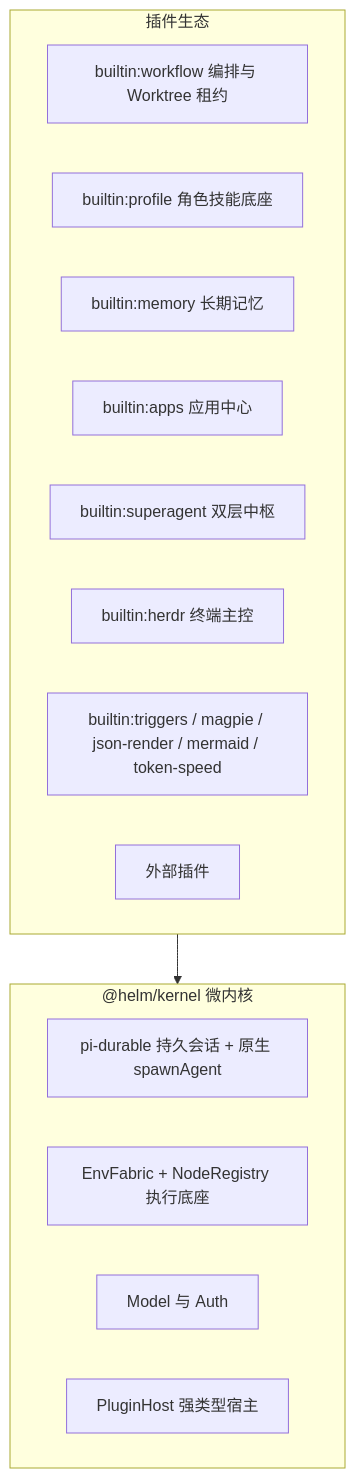
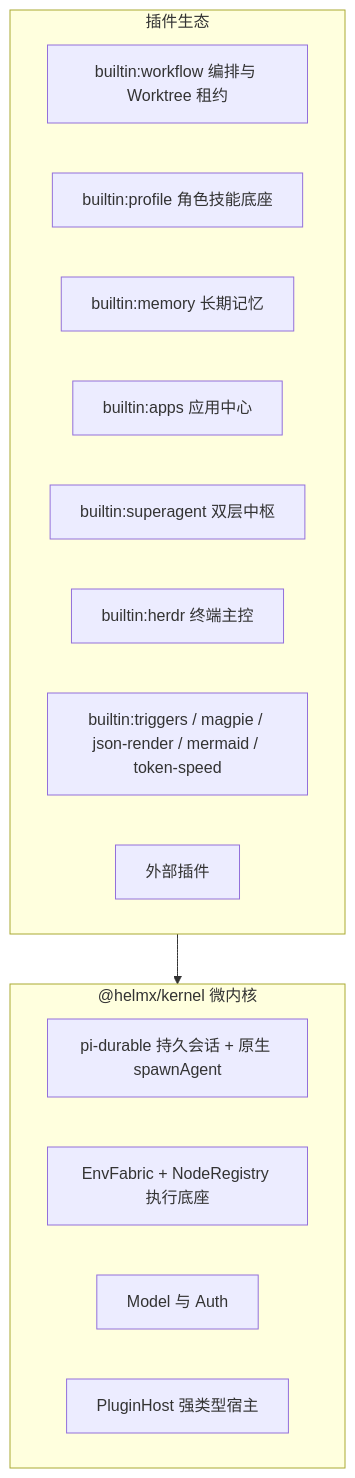
Before and after one commit to team4u/helm: the first of 3 diagrams in docs/architecture/overview.md, drawn with Mermaid. The commit also changed other lines of this file and 34 other files, not shown here.

````diff
--- a/docs/architecture/overview.md
+++ b/docs/architecture/overview.md
@@ -18,20 +18,20 @@
 ```mermaid
 flowchart TD
-    subgraph Core["@helm/kernel 微内核"]
+    subgraph Core["@helmx/kernel 微内核"]
         Durable["pi-durable 持久会话 + 原生 spawnAgent"]
         Fabric["EnvFabric + NodeRegistry 执行底座"]
         ModelAuth["Model 与 Auth"]
         Host["PluginHost 强类型宿主"]
     end
     subgraph Plugins["插件生态"]
         Workflow["builtin:workflow 编排与 Worktree 租约"]
         Profile["builtin:profile 角色技能底座"]
         Memory["builtin:memory 长期记忆"]
         Apps["builtin:apps 应用中心"]
         Superagent["builtin:superagent 双层中枢"]
         Herdr["builtin:herdr 终端主控"]
         Others["builtin:triggers / magpie / json-render / mermaid / token-speed"]
         External["外部插件"]
     end
     Plugins --> Core
 ```
````
